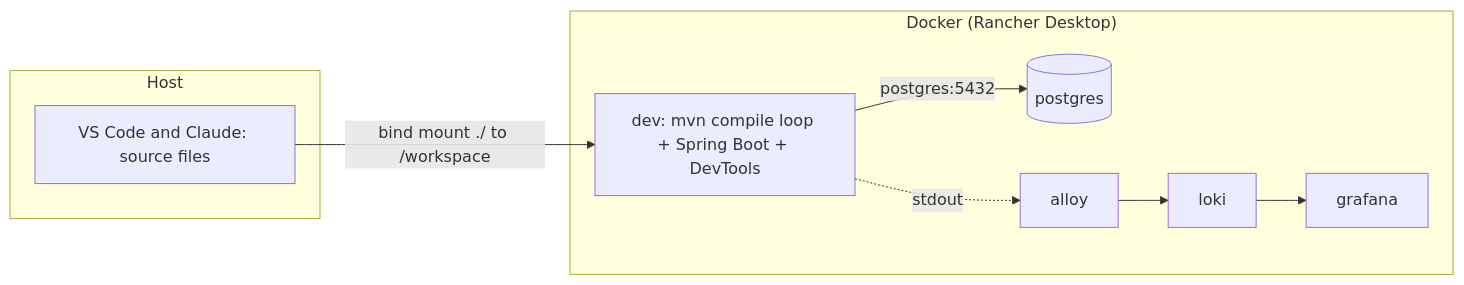
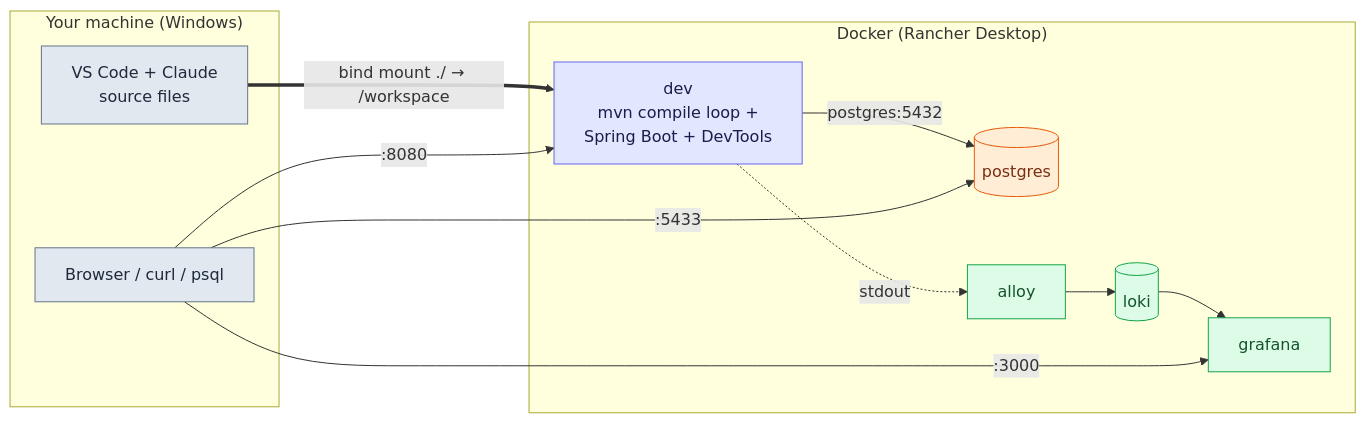
Before and after one commit to Sriram-Karthick-k/progress-tracker: the first of 2 diagrams in content/notes/spring-boot-system-design/00-workspace/dev-environment.md, drawn with Mermaid. The commit also changed other lines of this file and 18 other files, not shown here.

````diff
--- a/content/notes/spring-boot-system-design/00-workspace/dev-environment.md
+++ b/content/notes/spring-boot-system-design/00-workspace/dev-environment.md
@@ -16,14 +21,22 @@
 ```mermaid
 flowchart LR
-  subgraph Host
-    VS["VS Code and Claude: source files"]
+  subgraph Host["Your machine (Windows)"]
+    VS["VS Code + Claude<br/>source files"]:::host
+    BR["Browser / curl / psql"]:::host
   end
-  subgraph "Docker (Rancher Desktop)"
-    DEV["dev: mvn compile loop + Spring Boot + DevTools"]
-    PG[("postgres")]
-    AL["alloy"] --> LK["loki"] --> GR["grafana"]
+  subgraph Docker["Docker (Rancher Desktop)"]
+    DEV["dev<br/>mvn compile loop +<br/>Spring Boot + DevTools"]:::app
+    PG[("postgres")]:::db
+    AL["alloy"]:::obs --> LK[("loki")]:::obs --> GR["grafana"]:::obs
   end
-  VS -->|"bind mount ./ to /workspace"| DEV
-  DEV -->|"postgres:5432"| PG
+  VS ==>|bind mount ./ → /workspace| DEV
+  DEV -->|postgres:5432| PG
   DEV -.->|stdout| AL
+  BR -->|:8080| DEV
+  BR -->|:5433| PG
+  BR -->|:3000| GR
+  classDef host fill:#e2e8f0,stroke:#64748b,color:#1e293b
+  classDef app fill:#e0e7ff,stroke:#6366f1,color:#1e1b4b
+  classDef db fill:#ffedd5,stroke:#ea580c,color:#7c2d12
+  classDef obs fill:#dcfce7,stroke:#16a34a,color:#14532d
 ```
````
